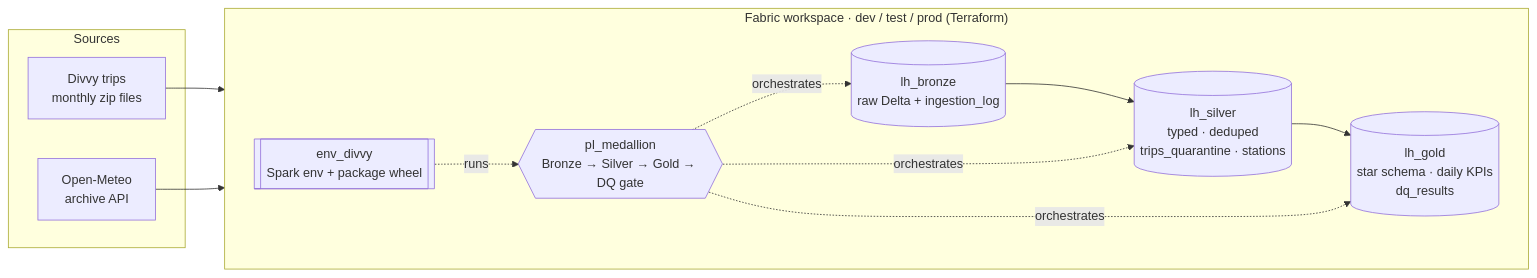
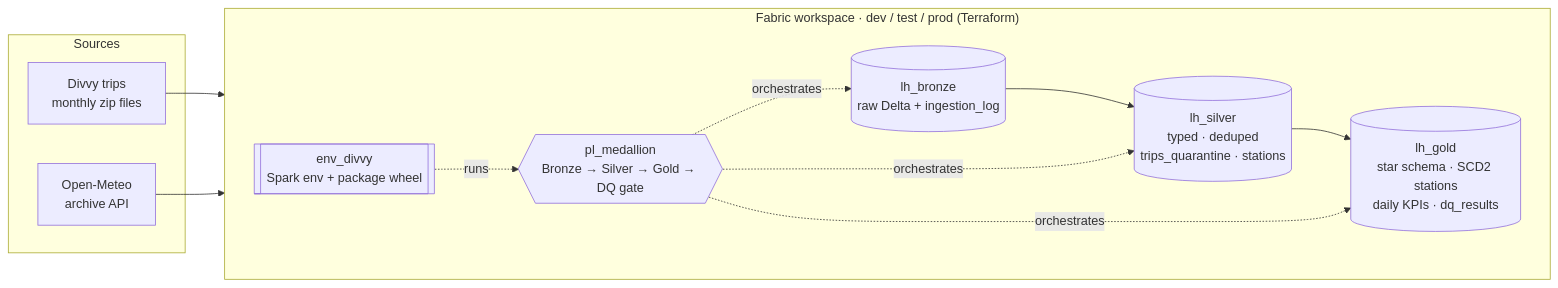
The first of 2 diagrams in README.md (felipecastro-data/fabric-medallion-cicd-terraform), drawn with Mermaid before and after one commit. The commit also changed other lines of this file and 17 other files, not shown here.

First line of the commit message:
feat(gold): dim_station SCD2 and a data contract for silver.trips (#19)

````diff
--- a/README.md
+++ b/README.md
@@ -25,20 +25,20 @@
 ```mermaid
 flowchart LR
     subgraph Sources
         S1[Divvy trips<br/>monthly zip files]
         S2[Open-Meteo<br/>archive API]
     end
     subgraph WS["Fabric workspace · dev / test / prod (Terraform)"]
         direction LR
         B[(lh_bronze<br/>raw Delta + ingestion_log)]
         SV[(lh_silver<br/>typed · deduped<br/>trips_quarantine · stations)]
-        G[(lh_gold<br/>star schema · daily KPIs<br/>dq_results)]
+        G[(lh_gold<br/>star schema · SCD2 stations<br/>daily KPIs · dq_results)]
         P{{pl_medallion<br/>Bronze → Silver → Gold → DQ gate}}
         E[[env_divvy<br/>Spark env + package wheel]]
     end
     S1 --> B
     S2 --> B
     B --> SV --> G
     P -. orchestrates .-> B & SV & G
     E -. runs .-> P
 ```
````
